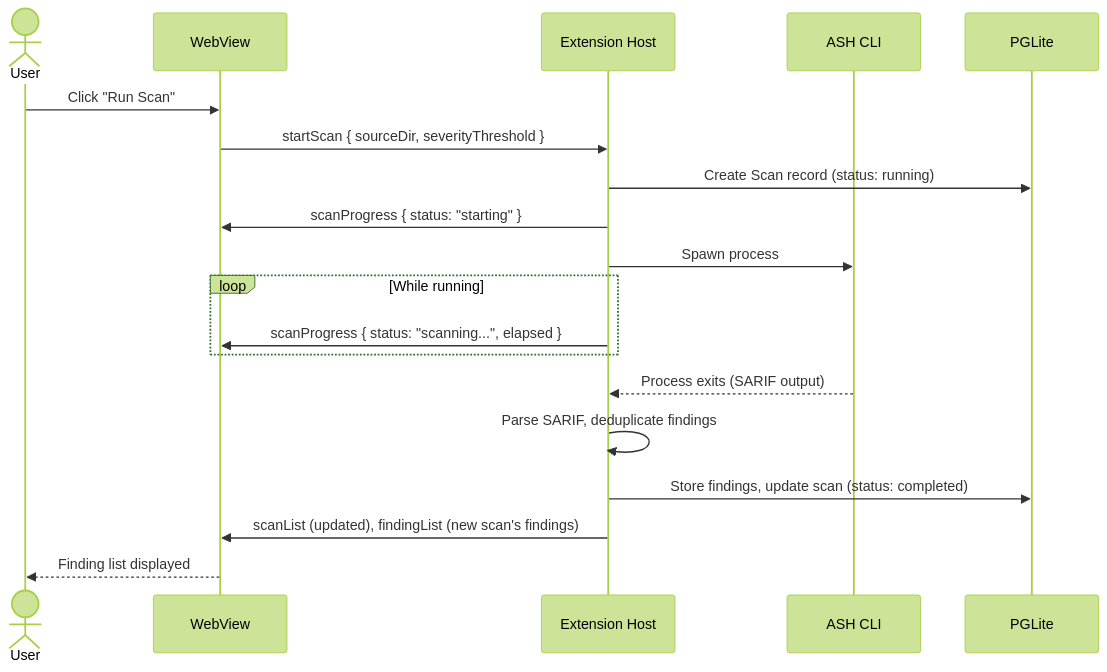
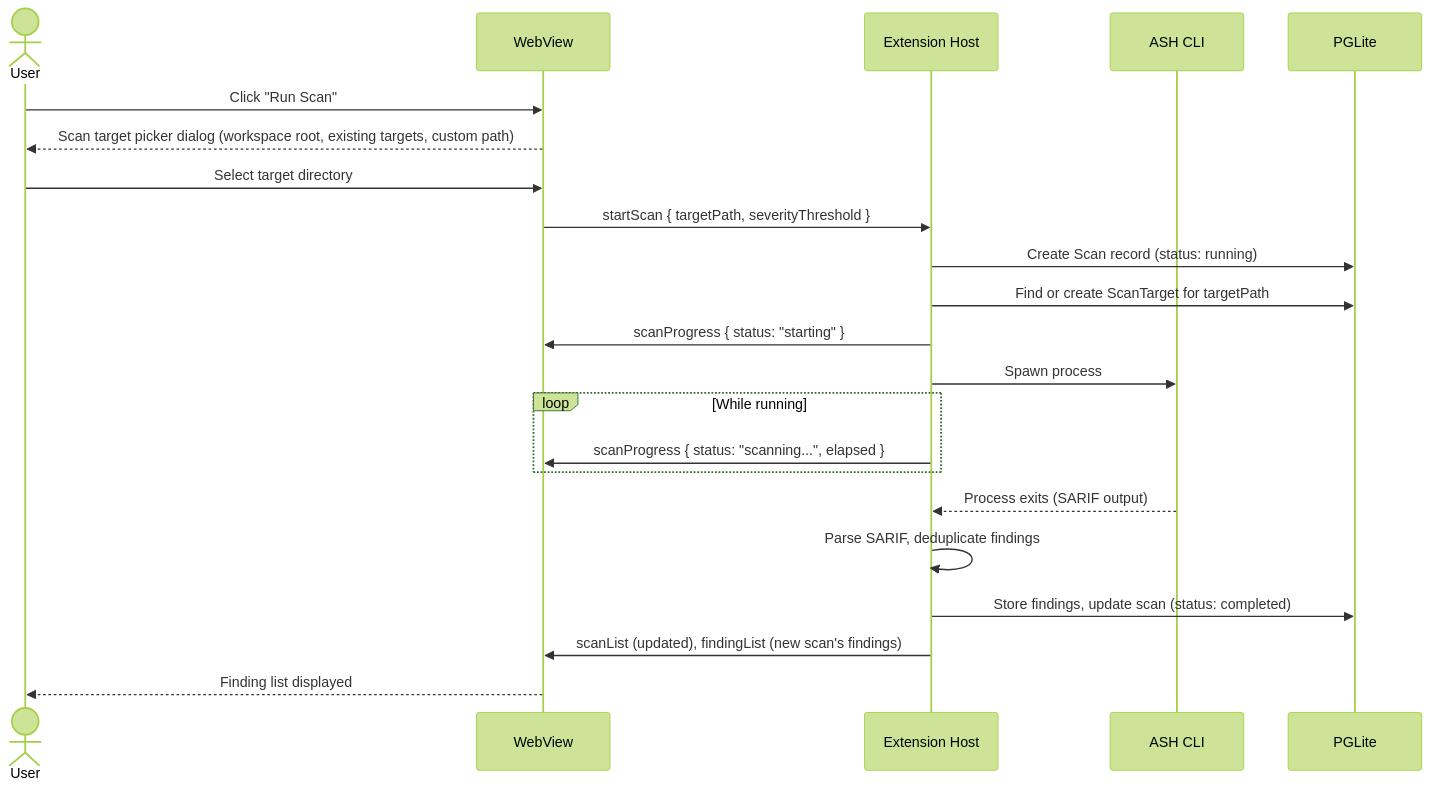
Before and after one commit to vawsgit/automated-security-helper: the fifth of 9 diagrams in workbench/docs/docs/developer-docs/architecture/software-design-specification/functional-design.md, drawn with Mermaid (forest theme). The commit also changed other lines of this file and 17 other files, not shown here.

````diff
--- a/workbench/docs/docs/developer-docs/architecture/software-design-specification/functional-design.md
+++ b/workbench/docs/docs/developer-docs/architecture/software-design-specification/functional-design.md
@@ -584,24 +617,27 @@
 ```mermaid
 sequenceDiagram
     actor User
     participant WV as WebView
     participant Ext as Extension Host
     participant ASH as ASH CLI
     participant DB as PGLite
 
     User->>WV: Click "Run Scan"
-    WV->>Ext: startScan { sourceDir, severityThreshold }
+    WV-->>User: Scan target picker dialog (workspace root, existing targets, custom path)
+    User->>WV: Select target directory
+    WV->>Ext: startScan { targetPath, severityThreshold }
     Ext->>DB: Create Scan record (status: running)
+    Ext->>DB: Find or create ScanTarget for targetPath
     Ext->>WV: scanProgress { status: "starting" }
     Ext->>ASH: Spawn process
 
     loop While running
         Ext->>WV: scanProgress { status: "scanning...", elapsed }
     end
 
     ASH-->>Ext: Process exits (SARIF output)
     Ext->>Ext: Parse SARIF, deduplicate findings
     Ext->>DB: Store findings, update scan (status: completed)
     Ext->>WV: scanList (updated), findingList (new scan's findings)
     WV-->>User: Finding list displayed
 ```
````
